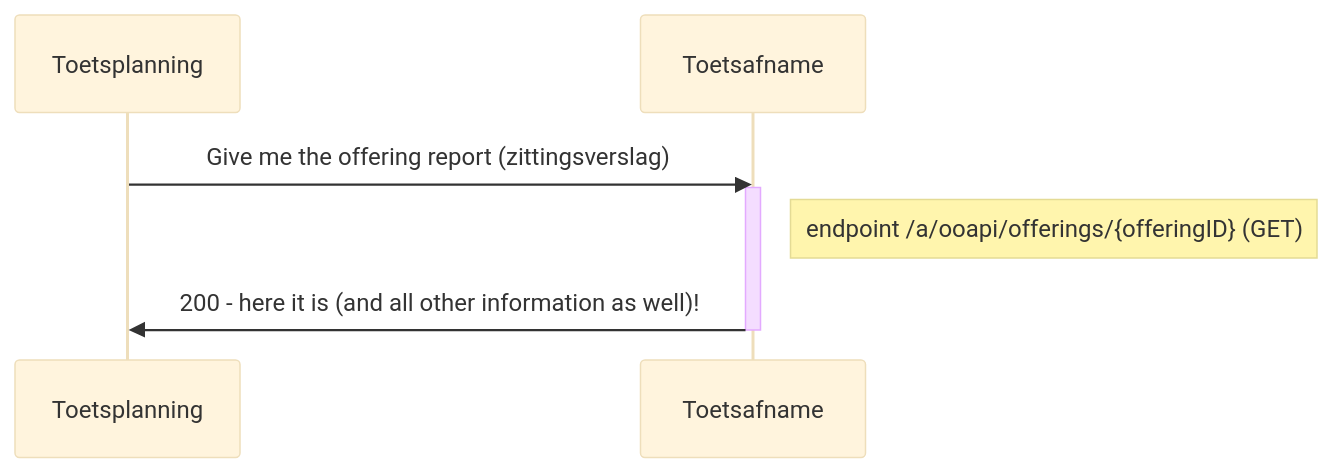
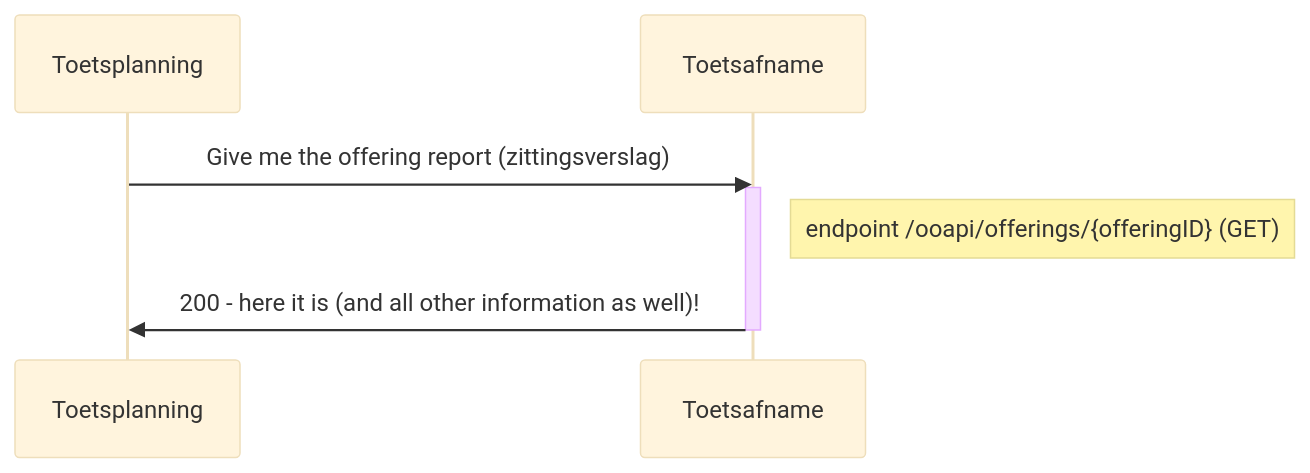
One commit to NetwerkExamineringDigitalisering/NED-OOAPI changed the second of 2 diagrams in doc/flow4.md. Above: the diagram before and after it, drawn with Mermaid (base theme). The commit also changed other lines of this file and 4 other files, not shown here.

````diff
--- a/doc/flow4.md
+++ b/doc/flow4.md
@@ -50,8 +50,8 @@
 ```mermaid
 sequenceDiagram
   Toetsplanning->>Toetsafname: Give me the offering report (zittingsverslag)
   activate Toetsafname
-  Note right of Toetsafname: endpoint /a/ooapi/offerings/{offeringID} (GET)
+  Note right of Toetsafname: endpoint /ooapi/offerings/{offeringID} (GET)
   Toetsafname->>Toetsplanning: 200 - here it is (and all other information as well)!
   deactivate Toetsafname
 ```
````
